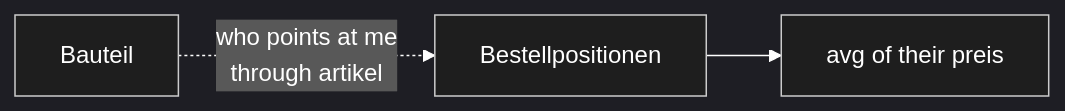
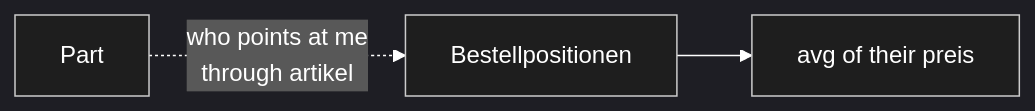
The tenth of 11 diagrams in docs/NewConcept/60-calculation.md (sfambach/wp-taxonomy-modeler), drawn with Mermaid before and after one commit. The commit also changed other lines of this file and 7 other files, not shown here.

````diff
--- a/docs/NewConcept/60-calculation.md
+++ b/docs/NewConcept/60-calculation.md
@@ -448,16 +448,16 @@
 ```mermaid
 ---
 config:
   theme: dark
   themeVariables:
     mainBkg: "#1e1e1e"
     background: "#1e1e1e"
     primaryColor: "#1e1e1e"
     classText: "#ffffff"
     textColor: "#ffffff"
     lineColor: "#ffffff"
 ---
 flowchart LR
-    B[Bauteil] -.->|who points at me<br/>through artikel| O["Bestellpositionen"]
+    B[Part] -.->|who points at me<br/>through artikel| O["Bestellpositionen"]
     O --> A["avg of their preis"]
 ```
````
